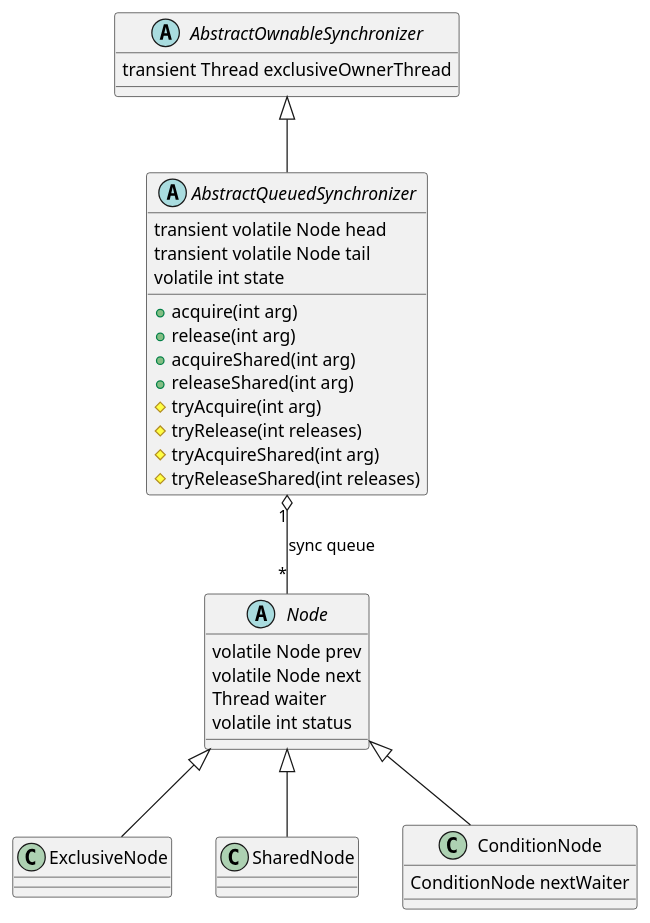
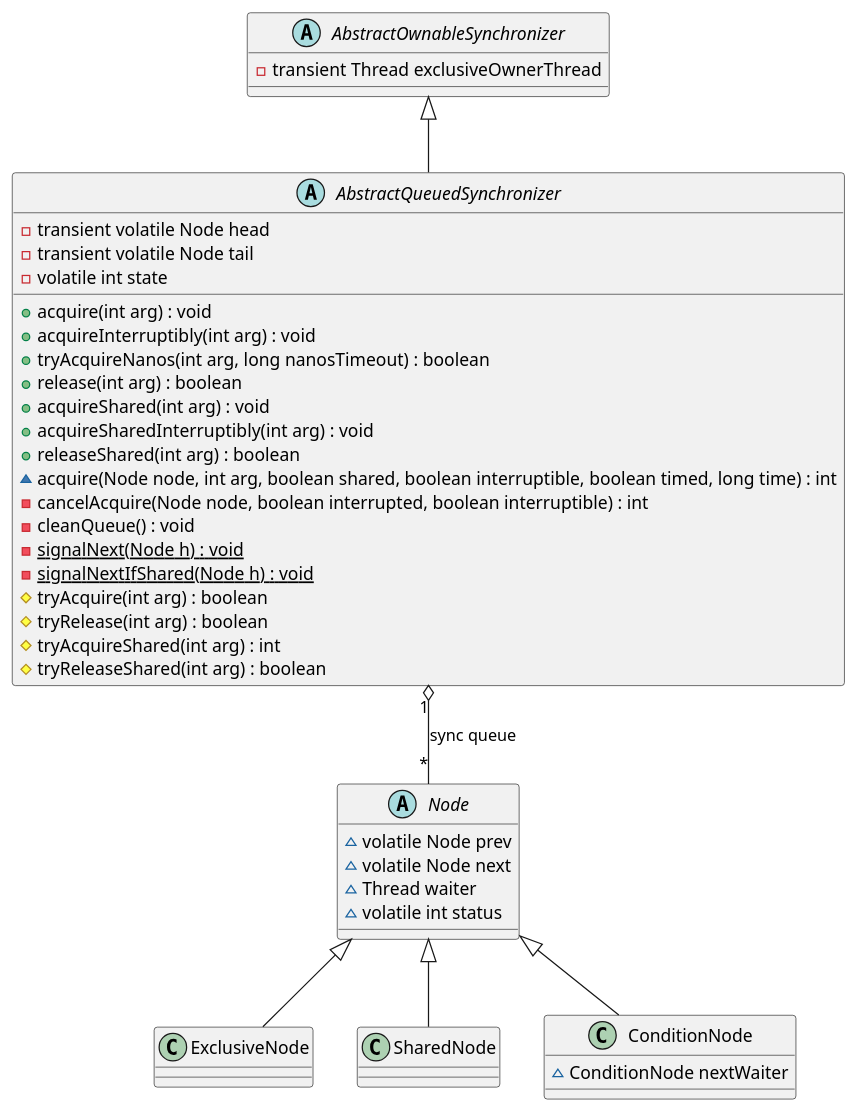
The first of 8 diagrams in content/post/java/concurrency/synchronizer-framework/index.md (kevinwang930/kevinwang930.github.io), drawn with PlantUML before and after one commit. The commit also changed other lines of this file and 1 other file, not shown here.

````diff
--- a/content/post/java/concurrency/synchronizer-framework/index.md
+++ b/content/post/java/concurrency/synchronizer-framework/index.md
@@ -56,36 +56,48 @@
 ```plantuml
 @startuml
 abstract class AbstractOwnableSynchronizer {
-    transient Thread exclusiveOwnerThread
+    - transient Thread exclusiveOwnerThread
 }
 
-abstract class AbstractQueuedSynchronizer extends AbstractOwnableSynchronizer {
-    transient volatile Node head
-    transient volatile Node tail
-    volatile int state
-    + acquire(int arg)
-    + release(int arg)
-    + acquireShared(int arg)
-    + releaseShared(int arg)
-    # tryAcquire(int arg)
-    # tryRelease(int releases)
-    # tryAcquireShared(int arg)
-    # tryReleaseShared(int releases)
+abstract class AbstractQueuedSynchronizer {
+    - transient volatile Node head
+    - transient volatile Node tail
+    - volatile int state
+    + acquire(int arg) : void
+    + acquireInterruptibly(int arg) : void
+    + tryAcquireNanos(int arg, long nanosTimeout) : boolean
+    + release(int arg) : boolean
+    + acquireShared(int arg) : void
+    + acquireSharedInterruptibly(int arg) : void
+    + releaseShared(int arg) : boolean
+    ~ acquire(Node node, int arg, boolean shared, boolean interruptible, boolean timed, long time) : int
+    - cancelAcquire(Node node, boolean interrupted, boolean interruptible) : int
+    - cleanQueue() : void
+    - {static} signalNext(Node h) : void
+    - {static} signalNextIfShared(Node h) : void
+    # tryAcquire(int arg) : boolean
+    # tryRelease(int arg) : boolean
+    # tryAcquireShared(int arg) : int
+    # tryReleaseShared(int arg) : boolean
 }
 
 abstract class Node {
-    volatile Node prev
-    volatile Node next
-    Thread waiter
-    volatile int status
+    ~ volatile Node prev
+    ~ volatile Node next
+    ~ Thread waiter
+    ~ volatile int status
 }
 
-class ExclusiveNode extends Node
-class SharedNode extends Node
-class ConditionNode extends Node {
-    ConditionNode nextWaiter
+class ExclusiveNode
+class SharedNode
+class ConditionNode {
+    ~ ConditionNode nextWaiter
 }
 
+AbstractOwnableSynchronizer <|-- AbstractQueuedSynchronizer
+Node <|-- ExclusiveNode
+Node <|-- SharedNode
+Node <|-- ConditionNode
 AbstractQueuedSynchronizer "1" o-- "*" Node : sync queue
 @enduml
 ```
````
